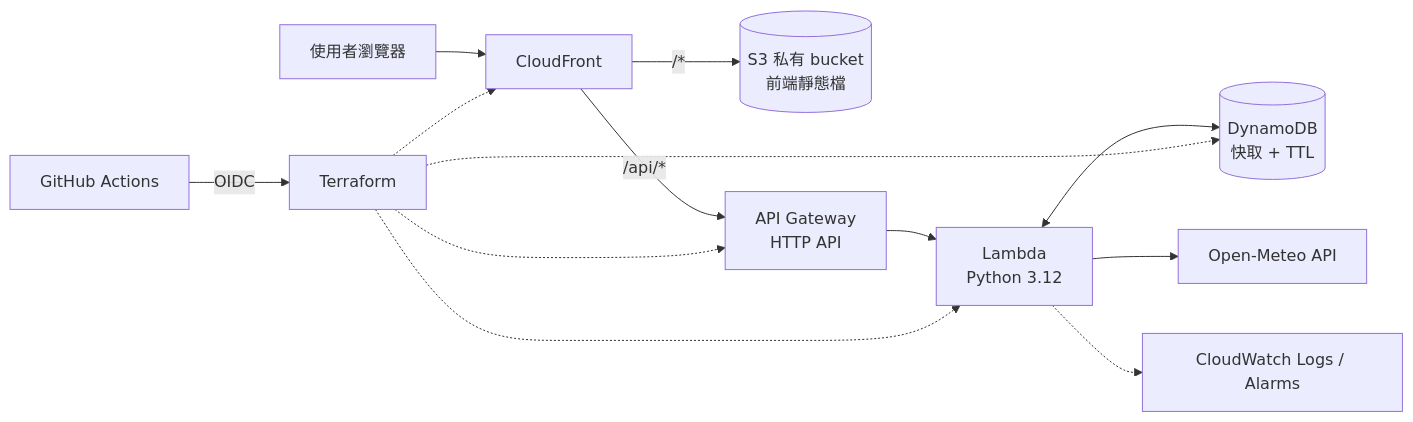
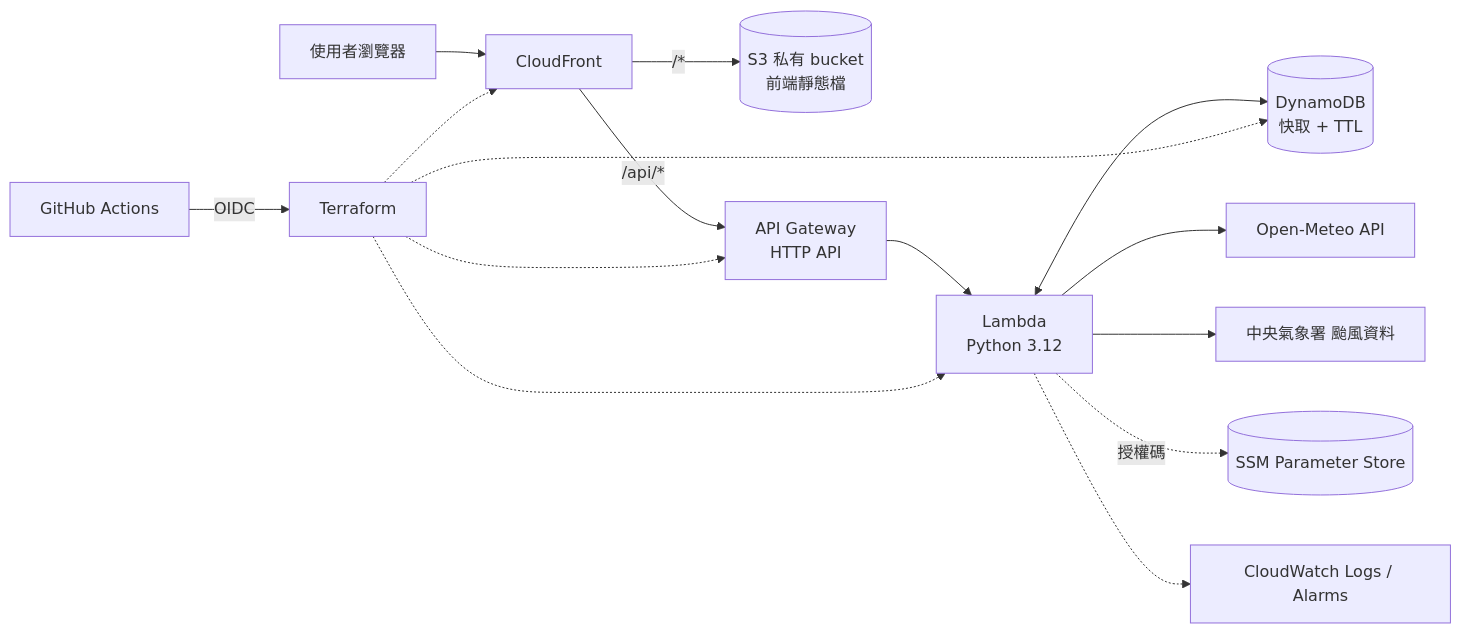
Before and after one commit to kaisensei1206/weathercast-cloud: the second of 2 diagrams in README.md, drawn with Mermaid. The commit also changed other lines of this file and 24 other files, not shown here.

````diff
--- a/README.md
+++ b/README.md
@@ -84,11 +85,13 @@
 ```mermaid
 flowchart LR
   U[使用者瀏覽器] --> CF[CloudFront]
   CF -- "/*" --> S3[(S3 私有 bucket<br/>前端靜態檔)]
   CF -- "/api/*" --> APIGW[API Gateway<br/>HTTP API]
   APIGW --> L[Lambda<br/>Python 3.12]
   L <--> DDB[(DynamoDB<br/>快取 + TTL)]
   L --> OM[Open-Meteo API]
+  L --> CWA[中央氣象署 颱風資料]
+  L -. 授權碼 .-> SSM[(SSM Parameter Store)]
   L -.-> CW[CloudWatch Logs / Alarms]
   GA[GitHub Actions] -- OIDC --> TF[Terraform] -.-> CF & APIGW & L & DDB
 ```
````
